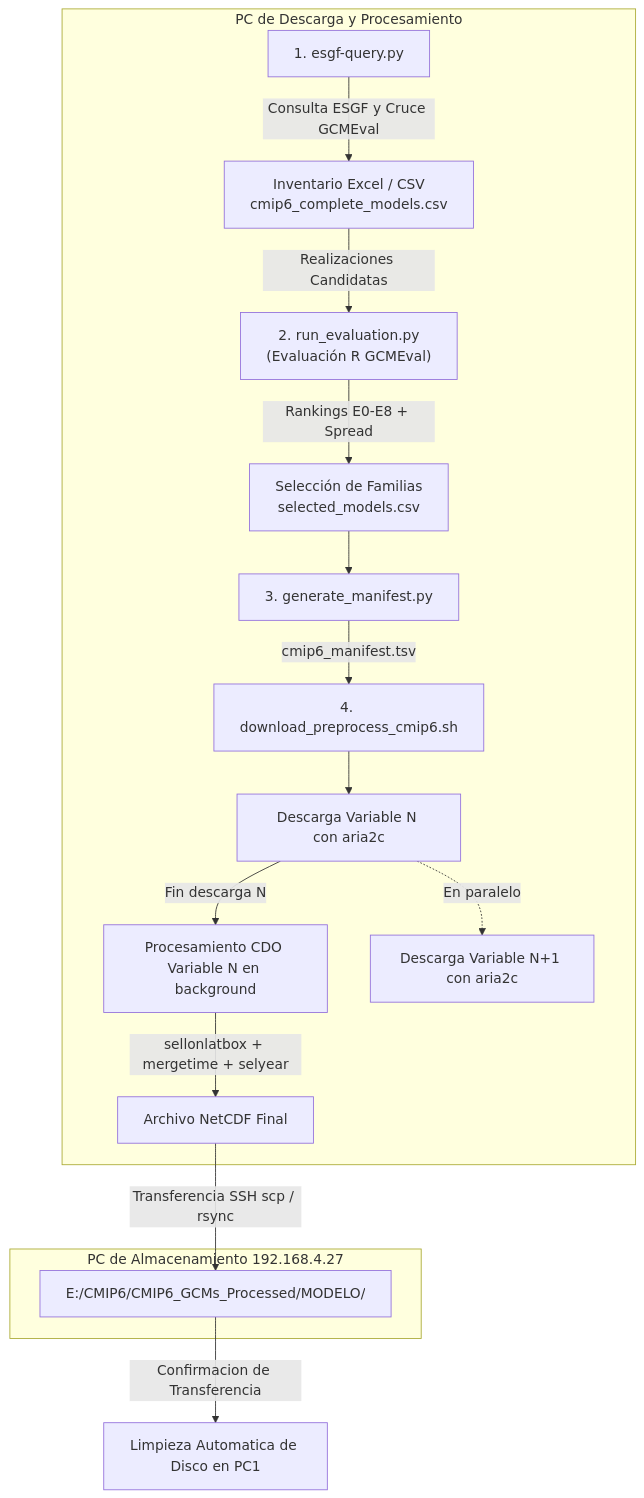
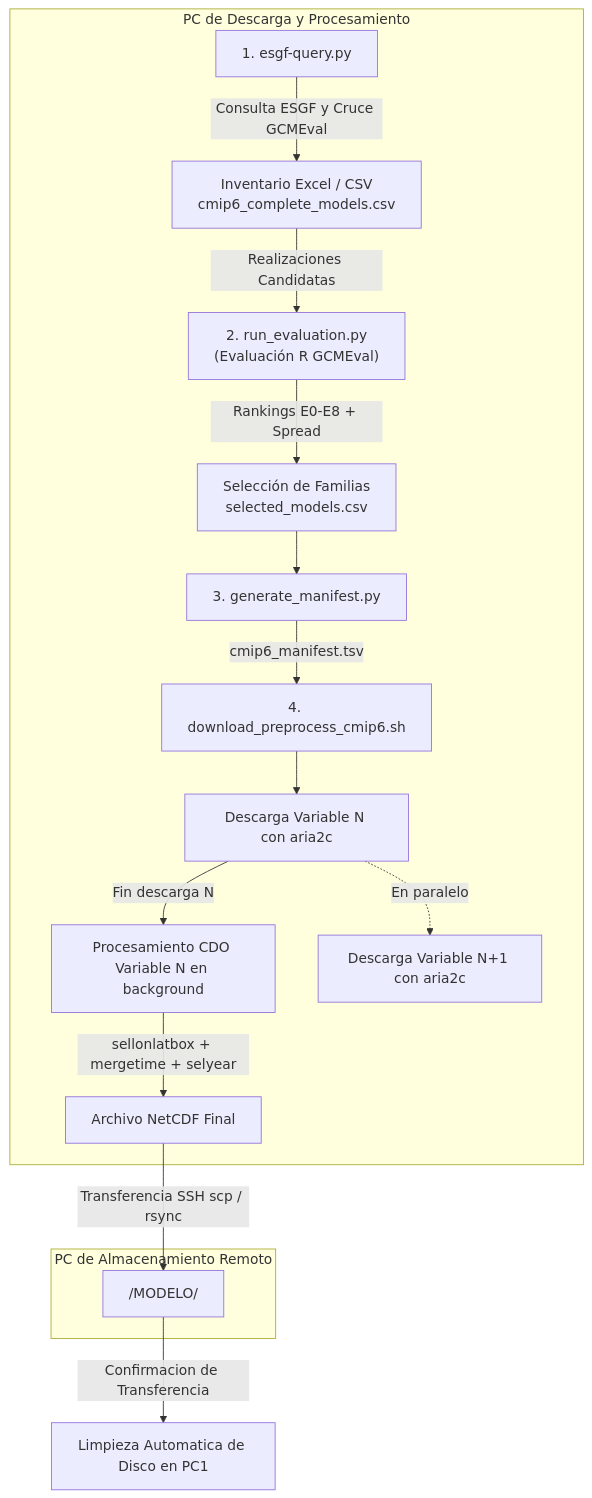
One commit to wabarca/cmpi6-deepsd-gcmeval-availability changed the second of 2 diagrams in README.md. Above: the diagram before and after it, drawn with Mermaid. The commit also changed other lines of this file, not shown here.

````diff
--- a/README.md
+++ b/README.md
@@ -289,20 +289,20 @@
 ```mermaid
 flowchart TD
     subgraph PC1["PC de Descarga y Procesamiento"]
         A["1. esgf-query.py"] -->|Consulta ESGF y Cruce GCMEval| B["Inventario Excel / CSV<br>cmip6_complete_models.csv"]
         B -->|Realizaciones Candidatas| C["2. run_evaluation.py<br>(Evaluación R GCMEval)"]
         C -->|Rankings E0-E8 + Spread| D["Selección de Familias<br>selected_models.csv"]
         D --> E["3. generate_manifest.py"]
         E -->|cmip6_manifest.tsv| F["4. download_preprocess_cmip6.sh"]
         F --> G["Descarga Variable N con aria2c"]
         G -->|Fin descarga N| H["Procesamiento CDO Variable N en background"]
         G -.->|En paralelo| I["Descarga Variable N+1 con aria2c"]
         H -->|sellonlatbox + mergetime + selyear| J["Archivo NetCDF Final"]
     end
     
-    subgraph PC2["PC de Almacenamiento 192.168.4.27"]
-        J -->|Transferencia SSH scp / rsync| K["E:/CMIP6/CMIP6_GCMs_Processed/MODELO/"]
+    subgraph PC2["PC de Almacenamiento Remoto"]
+        J -->|Transferencia SSH scp / rsync| K["<RUTA_DESTINO>/MODELO/"]
     end
     
     K -->|Confirmacion de Transferencia| L["Limpieza Automatica de Disco en PC1"]
 ```
````
